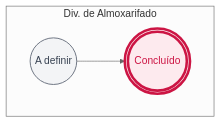
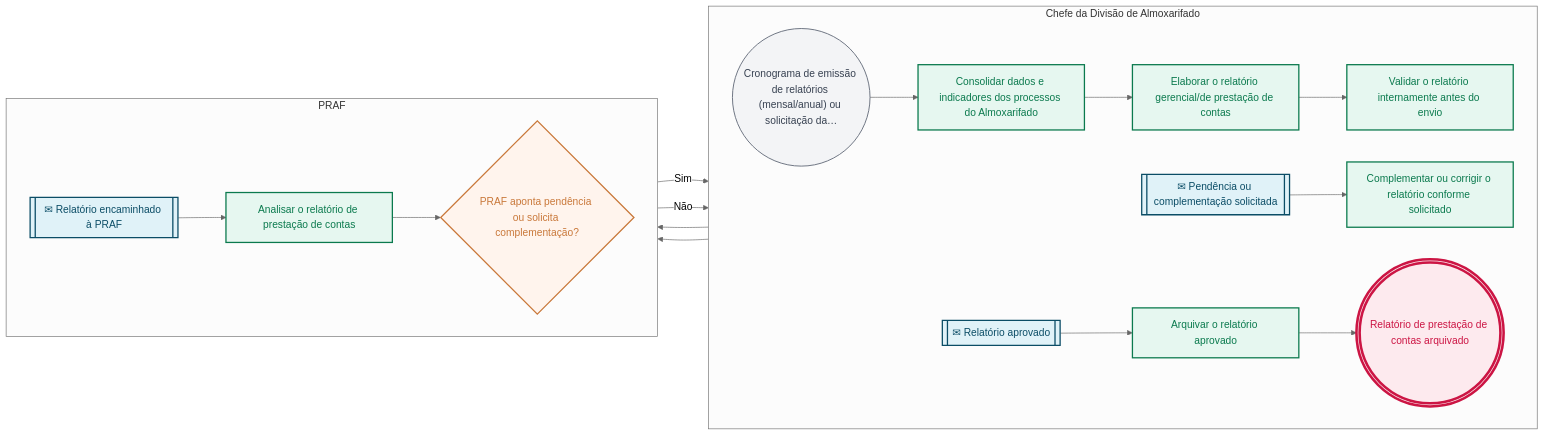
The second of 2 diagrams in pops/ALM/ALM-08.md (jessefers/canvas-vivo-atdg), drawn with Mermaid (neutral theme) before and after one commit. The commit also changed other lines of this file and 3 other files, not shown here.

First line of the commit message:
POP ALM v1.x — lote de calibração do Almoxarifado concluído (9 POPs)

````diff
--- a/pops/ALM/ALM-08.md
+++ b/pops/ALM/ALM-08.md
@@ -113,17 +144,44 @@
 ```mermaid
 flowchart LR
-  subgraph R1["Div. de Almoxarifado"]
+  subgraph R1["Chefe da Divisão de Almoxarifado"]
     direction LR
-    e1(("A definir"))
-    e2((("Concluído")))
+    e1(("Cronograma de emissão de relatórios (mensal/anual) ou solicitação da…"))
+    e2["Consolidar dados e indicadores dos processos do Almoxarifado"]
+    e3["Elaborar o relatório gerencial/de prestação de contas"]
+    e4["Validar o relatório internamente antes do envio"]
+    e8[["✉ Pendência ou complementação solicitada"]]
+    e9["Complementar ou corrigir o relatório conforme solicitado"]
+    e10[["✉ Relatório aprovado"]]
+    e11["Arquivar o relatório aprovado"]
+    e12((("Relatório de prestação de contas arquivado")))
+  end
+  subgraph R2["PRAF"]
+    direction LR
+    e5[["✉ Relatório encaminhado à PRAF"]]
+    e6["Analisar o relatório de prestação de contas"]
+    e7{"PRAF aponta pendência ou solicita complementação?"}
   end
   e1 --> e2
+  e2 --> e3
+  e3 --> e4
+  e4 --> e5
+  e5 --> e6
+  e6 --> e7
+  e7 -- Sim --> e8
+  e8 --> e9
+  e9 --> e5
+  e7 -- Não --> e10
+  e10 --> e11
+  e11 --> e12
   classDef inicio fill:#f3f4f6,stroke:#6b7280,stroke-width:1.5px,color:#374151
   classDef atividade fill:#E6F7F0,stroke:#0B7A4E,stroke-width:2px,color:#0B7A4E
   classDef decisao fill:#FFF4ED,stroke:#C9783A,stroke-width:2px,color:#C9783A
   classDef fim fill:#FDEAEE,stroke:#CC1544,stroke-width:4px,color:#CC1544
   classDef pausa fill:#FDEAEE,stroke:#CC1544,stroke-width:2px,color:#CC1544
   classDef captura fill:#E0F2F8,stroke:#0B4D66,stroke-width:2px,color:#0B4D66
   class e1 inicio
-  class e2 fim
+  class e2,e3,e4,e6,e9,e11 atividade
+  class e5,e8,e10 captura
+  class e7 decisao
+  class e12 fim
 ```
````
